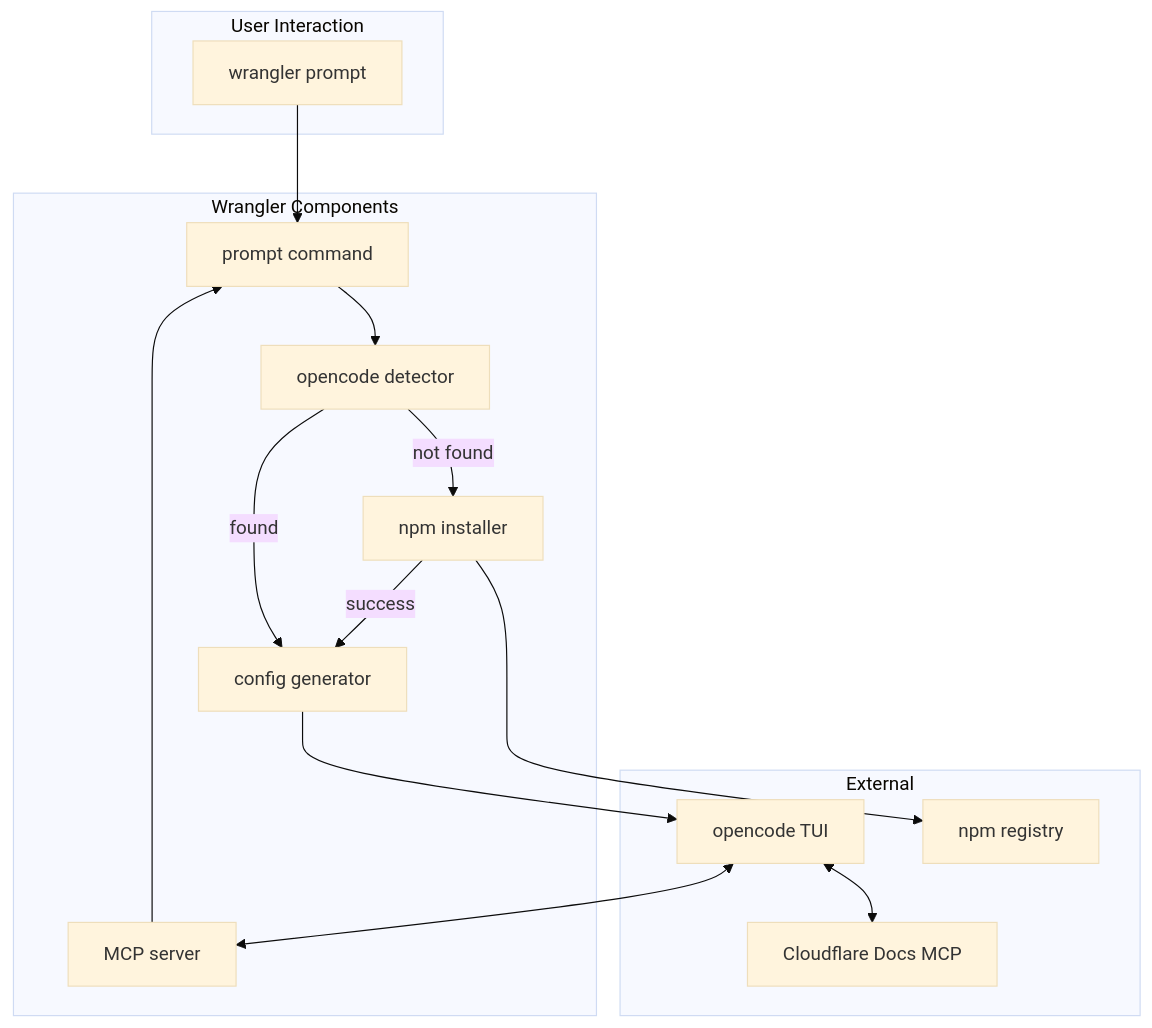
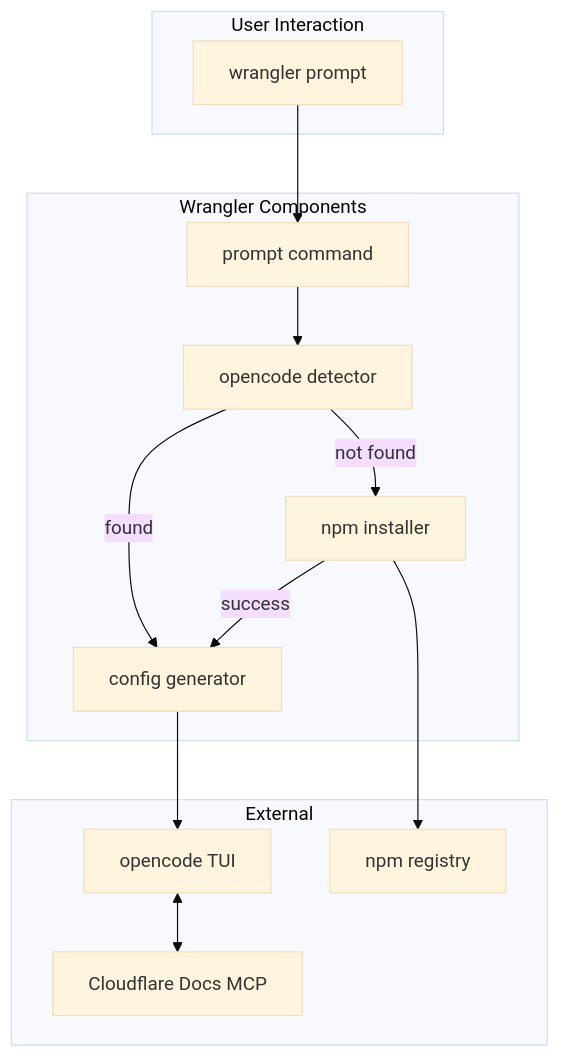
The diagram in docs/opencode.SPEC.md (cloudflare/workers-sdk), drawn with Mermaid (base theme) before and after one commit. The commit also changed other lines of this file, not shown here.

Commit message:
chore(SPEC): remove local MCP server from spec

````diff
--- a/docs/opencode.SPEC.md
+++ b/docs/opencode.SPEC.md
@@ -13,31 +13,28 @@
 ```mermaid
 graph TB
     subgraph "User Interaction"
         CLI[wrangler prompt]
     end
-    
+
     subgraph "Wrangler Components"
         CMD[prompt command]
         DETECT[opencode detector]
         INSTALL[npm installer]
         CONFIG[config generator]
-        MCP[MCP server]
     end
-    
+
     subgraph "External"
         OPENCODE[opencode TUI]
         NPM[npm registry]
         DOCS[Cloudflare Docs MCP]
     end
-    
+
     CLI --> CMD
     CMD --> DETECT
     DETECT -->|not found| INSTALL
     INSTALL --> NPM
     DETECT -->|found| CONFIG
     INSTALL -->|success| CONFIG
     CONFIG --> OPENCODE
-    OPENCODE <--> MCP
     OPENCODE <--> DOCS
-    MCP --> CMD
 ```
````
